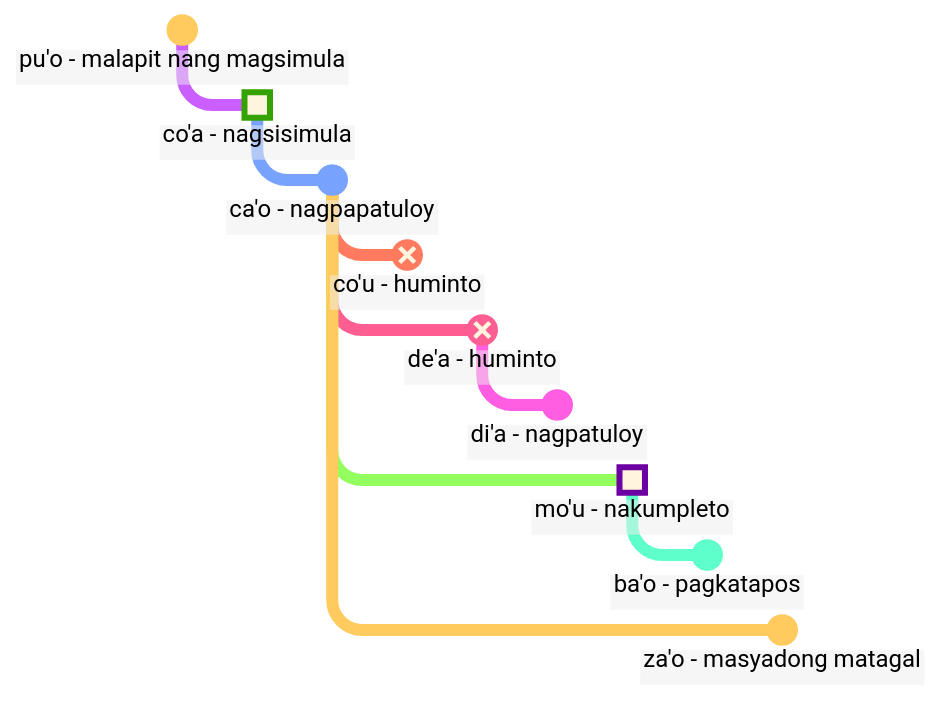
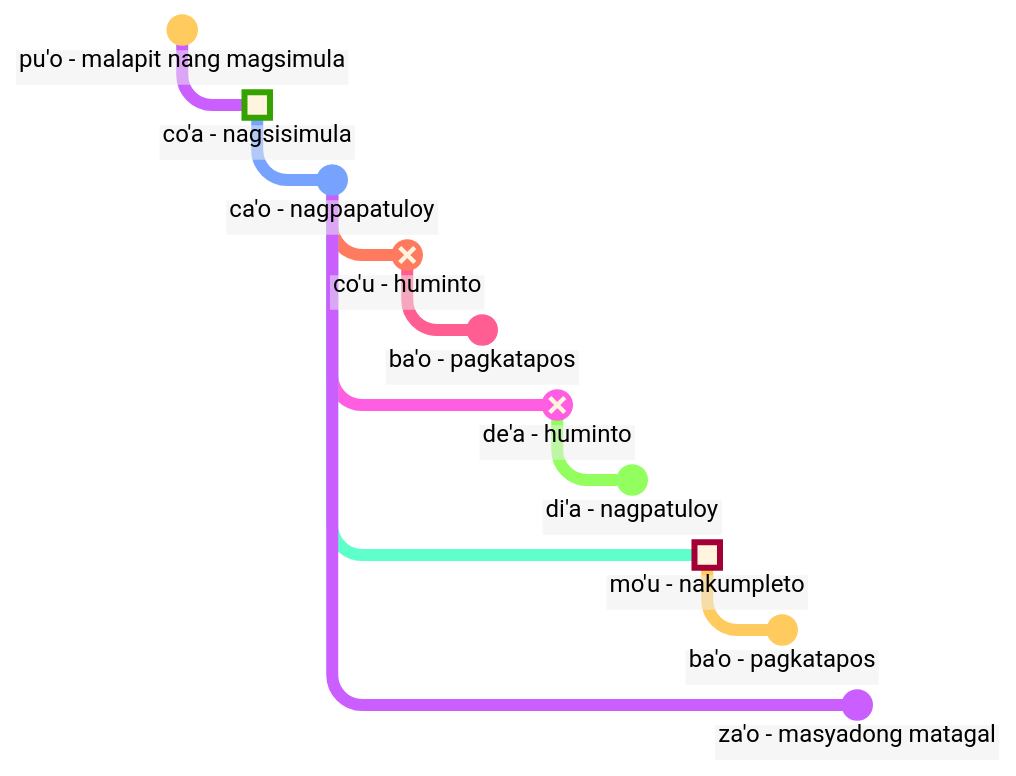
Before and after one commit to La-Lojban/lojban.pw: the diagram in data/pages/tl/books/learn-lojban/6.md, drawn with Mermaid. The commit also changed other lines of this file and 24 other files, not shown here.

````diff
--- a/data/pages/tl/books/learn-lojban/6.md
+++ b/data/pages/tl/books/learn-lojban/6.md
@@ -532,57 +545,61 @@
 ```mermaid
 %%{
     init: {
         'logLevel': 'debug',
         'theme': 'base',
         'themeVariables': {
                 'commitLabelColor': '#000',
                 'commitLabelBackground': '#eee',
                 'commitLabelFontSize': '16px',
                 'tagLabelFontSize': '14px'
         },
         'htmlLabels': true,
         'gitGraph': {
             'showCommitLabel':true,
             'mainBranchName': 'pangyayari',
             'rotateCommitLabel': false,
             'showBranches': false
         }
     }
 }%%
 
 gitGraph
     checkout pangyayari
     commit id: "pu'o - malapit nang magsimula"
 
     checkout pangyayari
     branch simula
     commit id: "co'a - nagsisimula" type:HIGHLIGHT
 
     checkout simula
     branch progreso
     commit id: "ca'o - nagpapatuloy"
 
     checkout progreso
     branch tigil
     commit id: "co'u - huminto" type: REVERSE
 
+    checkout tigil
+    branch pagkataposTigil
+    commit id: "ba'o - pagkatapos "
+
     checkout progreso
     branch "pahinga"
     commit id: "de'a - huminto" type: REVERSE
 
     checkout "pahinga"
     branch patuloy
     commit id: "di'a - nagpatuloy"
 
     checkout progreso
     branch pagkumpleto
     commit id: "mo'u - nakumpleto" type: HIGHLIGHT
 
     checkout pagkumpleto
     branch pagkatapos
     commit id: "ba'o - pagkatapos"
 
     checkout progreso
     branch lampas
     commit id: "za'o - masyadong matagal"
 ```
````
